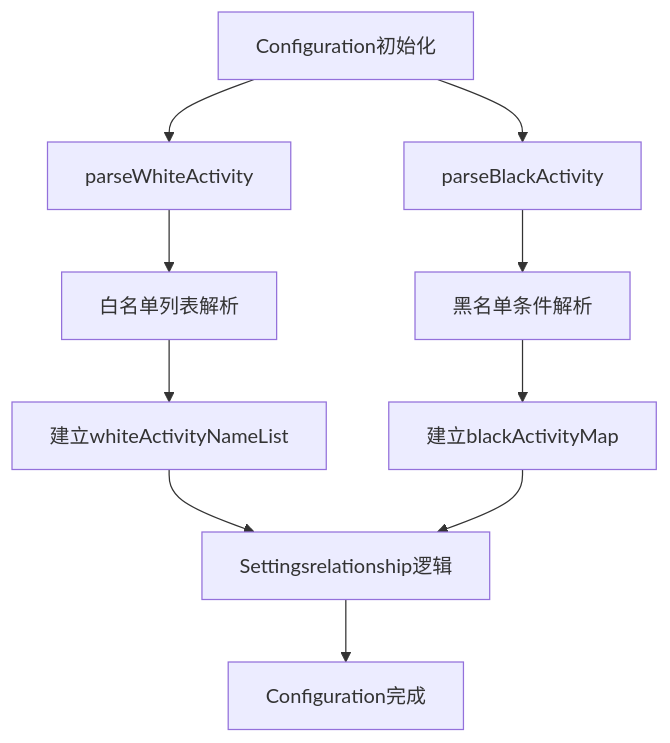
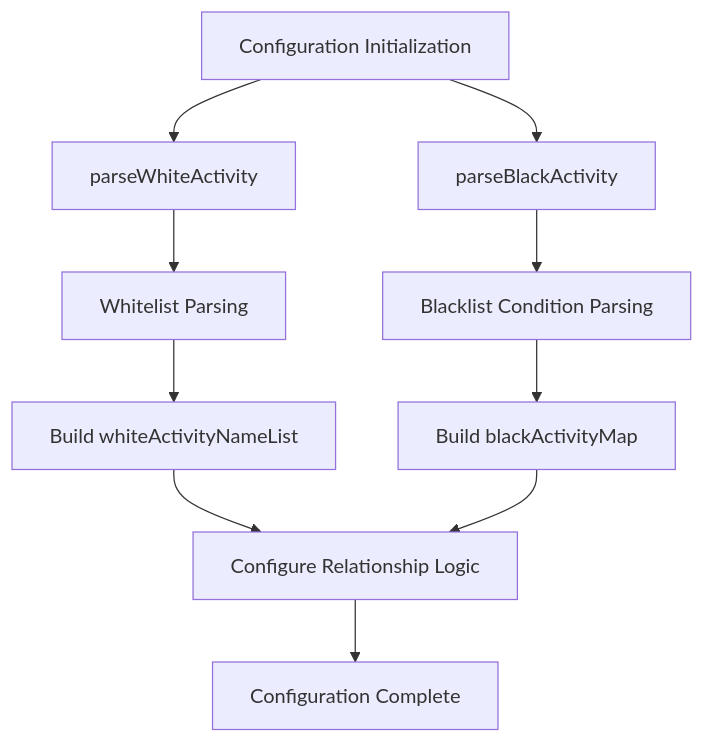
The fifth of 7 diagrams in repo/js/ActivitySwitchNotice/README.md (krammarkro/bettergi-scripts-list-en), drawn with Mermaid before and after one commit. The commit also changed other lines of this file and 91 other files, not shown here.

````diff
--- a/repo/js/ActivitySwitchNotice/README.md
+++ b/repo/js/ActivitySwitchNotice/README.md
@@ -138,12 +140,12 @@
 ```mermaid
 graph TD
-    A[Configuration初始化] --> B[parseWhiteActivity]
+    A[Configuration Initialization] --> B[parseWhiteActivity]
     A --> C[parseBlackActivity]
-    B --> D[白名单列表解析]
-    C --> E[黑名单条件解析]
-    D --> F[建立whiteActivityNameList]
-    E --> G[建立blackActivityMap]
-    F --> H[Settingsrelationship逻辑]
+    B --> D[Whitelist Parsing]
+    C --> E[Blacklist Condition Parsing]
+    D --> F[Build whiteActivityNameList]
+    E --> G[Build blackActivityMap]
+    F --> H[Configure Relationship Logic]
     G --> H
-    H --> I[Configuration完成]
+    H --> I[Configuration Complete]
 ```
````
